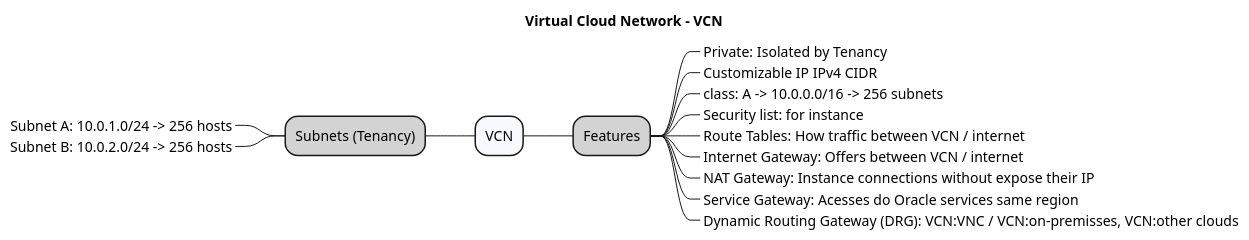
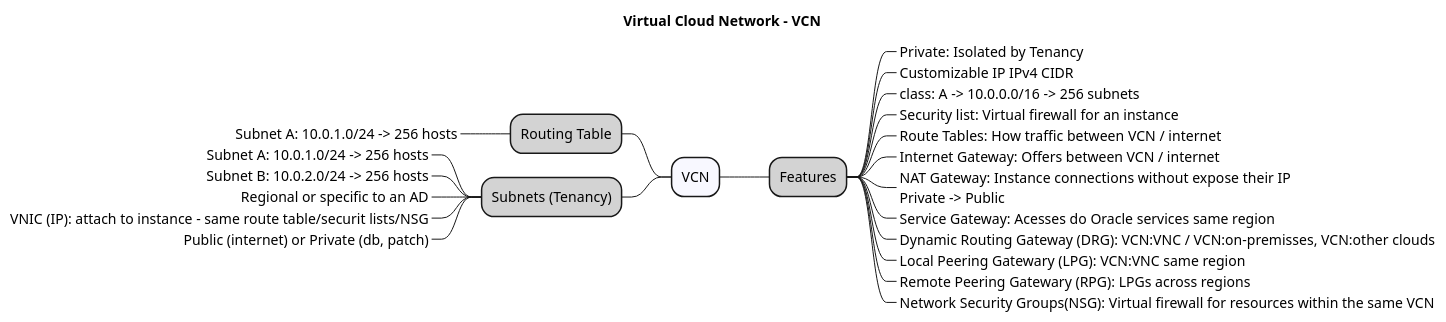
Before and after one commit to acnaweb/oci: the diagram in docs/src/vcn.wsd, drawn with PlantUML. The commit also changed 1 other file, not shown here.

```diff
--- a/docs/src/vcn.wsd
+++ b/docs/src/vcn.wsd
@@ -1,25 +1,38 @@
 @startmindmap
 
 Title "Virtual Cloud Network - VCN"
 
 *[#F8F8FF]  VCN
 
 **[#LightGray] Features
 
 ***_ Private: Isolated by Tenancy
 ***_ Customizable IP IPv4 CIDR
 ***_ class: A -> 10.0.0.0/16 -> 256 subnets
-***_ Security list: for instance
+***_ Security list: Virtual firewall for an instance
 ***_ Route Tables: How traffic between VCN / internet
 ***_ Internet Gateway: Offers between VCN / internet
-***_ NAT Gateway: Instance connections without expose their IP
+***_ NAT Gateway: Instance connections without expose their IP\nPrivate -> Public
 ***_ Service Gateway: Acesses do Oracle services same region
 ***_ Dynamic Routing Gateway (DRG): VCN:VNC / VCN:on-premisses, VCN:other clouds
+***_ Local Peering Gatewary (LPG): VCN:VNC same region
+***_ Remote Peering Gatewary (RPG): LPGs across regions
+***_ Network Security Groups(NSG): Virtual firewall for resources within the same VCN
+
 
 left side
 
-**[#LightGray]  Subnets (Tenancy)
+**[#LightGray] Routing Table
+***_ Subnet A: 10.0.1.0/24 -> 256 hosts
+
+**[#LightGray] Subnets (Tenancy)
 ***_ Subnet A: 10.0.1.0/24 -> 256 hosts
 ***_ Subnet B: 10.0.2.0/24 -> 256 hosts
+***_ Regional or specific to an AD
+***_ VNIC (IP): attach to instance - same route table/securit lists/NSG
+***_ Public (internet) or Private (db, patch)
+
+
+
 
 @endmindmap
```
